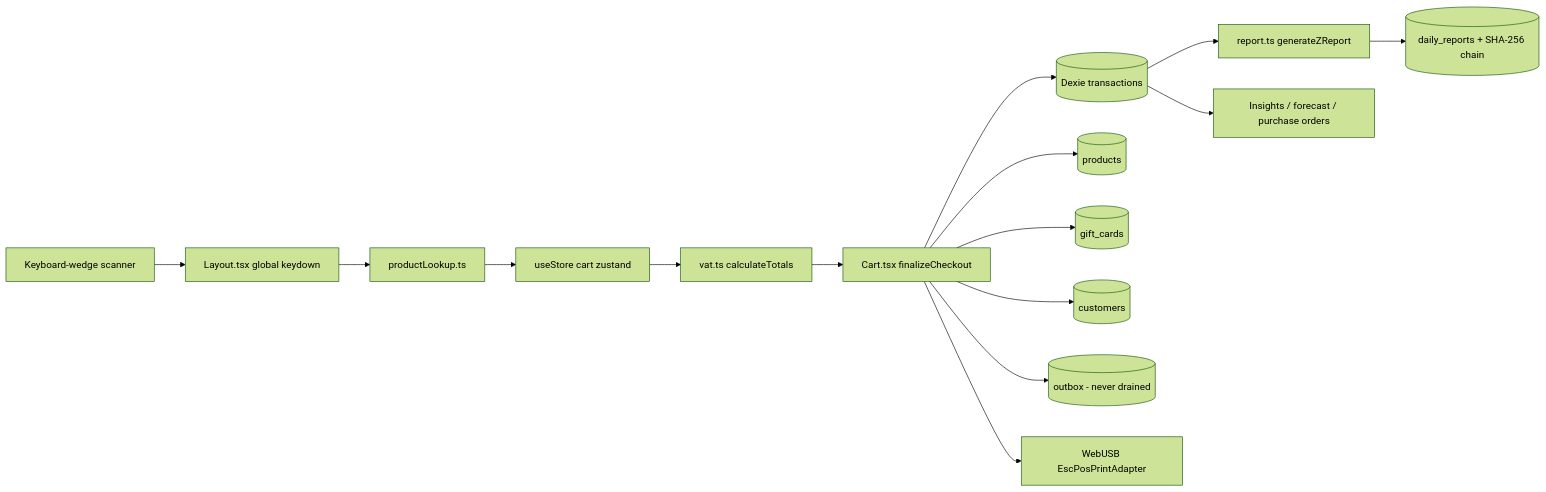
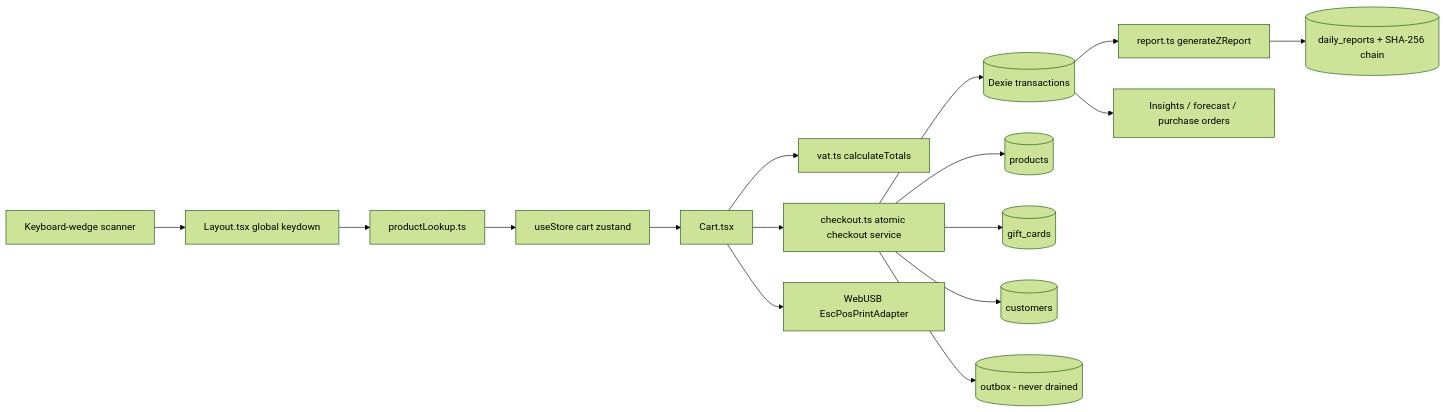
Before and after one commit to kevinb42O/PWAYMENT_RETAIL: the diagram in AUDIT.md, drawn with Mermaid (forest theme). The commit also changed other lines of this file and 8 other files, not shown here.

````diff
--- a/AUDIT.md
+++ b/AUDIT.md
@@ -16,17 +20,18 @@
 ```mermaid
 graph LR
   SCAN[Keyboard-wedge scanner] --> LAYOUT[Layout.tsx global keydown]
   LAYOUT --> LOOKUP[productLookup.ts]
   LOOKUP --> STORE[useStore cart zustand]
-  STORE --> VAT[vat.ts calculateTotals]
-  VAT --> CART[Cart.tsx finalizeCheckout]
-  CART --> TX[(Dexie transactions)]
-  CART --> STOCK[(products)]
-  CART --> GC[(gift_cards)]
-  CART --> CUST[(customers)]
-  CART --> OUT[(outbox - never drained)]
+  STORE --> CART[Cart.tsx]
+  CART --> VAT[vat.ts calculateTotals]
+  CART --> CHECKOUT[checkout.ts atomic checkout service]
+  CHECKOUT --> TX[(Dexie transactions)]
+  CHECKOUT --> STOCK[(products)]
+  CHECKOUT --> GC[(gift_cards)]
+  CHECKOUT --> CUST[(customers)]
+  CHECKOUT --> OUT[(outbox - never drained)]
   CART --> USB[WebUSB EscPosPrintAdapter]
   TX --> ZR[report.ts generateZReport]
   ZR --> DR[(daily_reports + SHA-256 chain)]
   TX --> INS[Insights / forecast / purchase orders]
 ```
````
